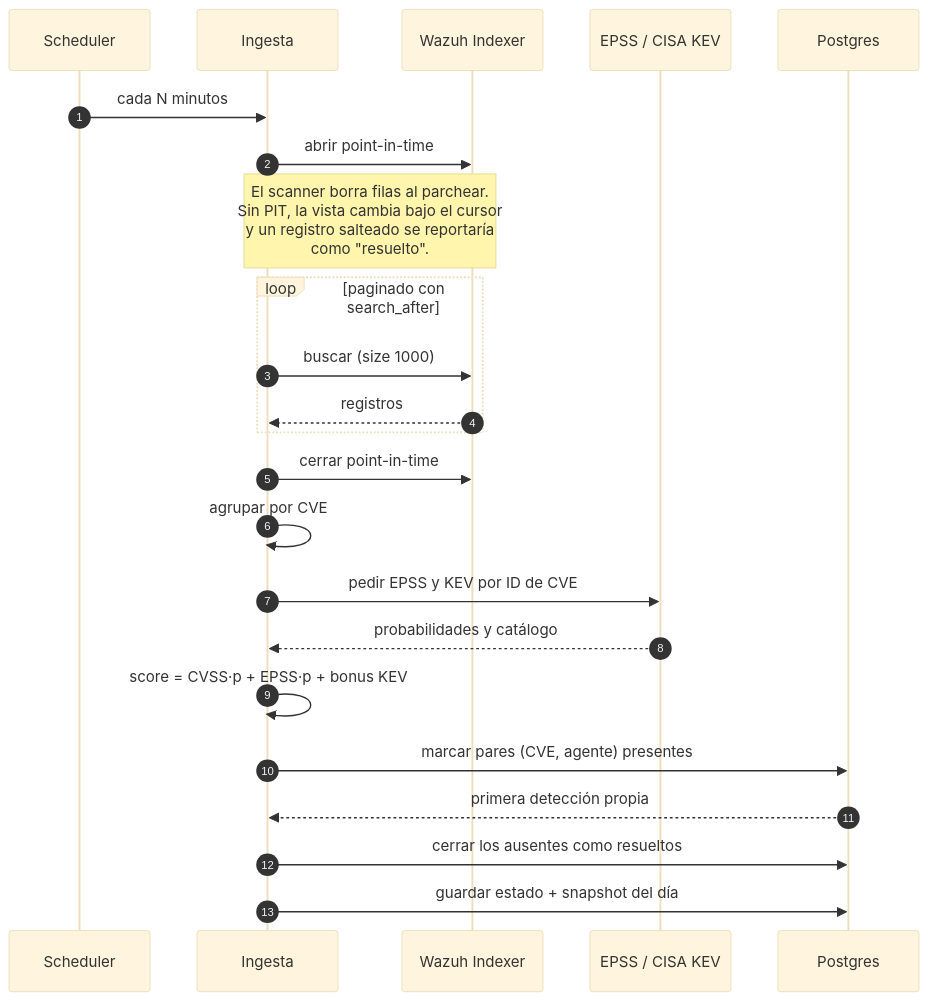
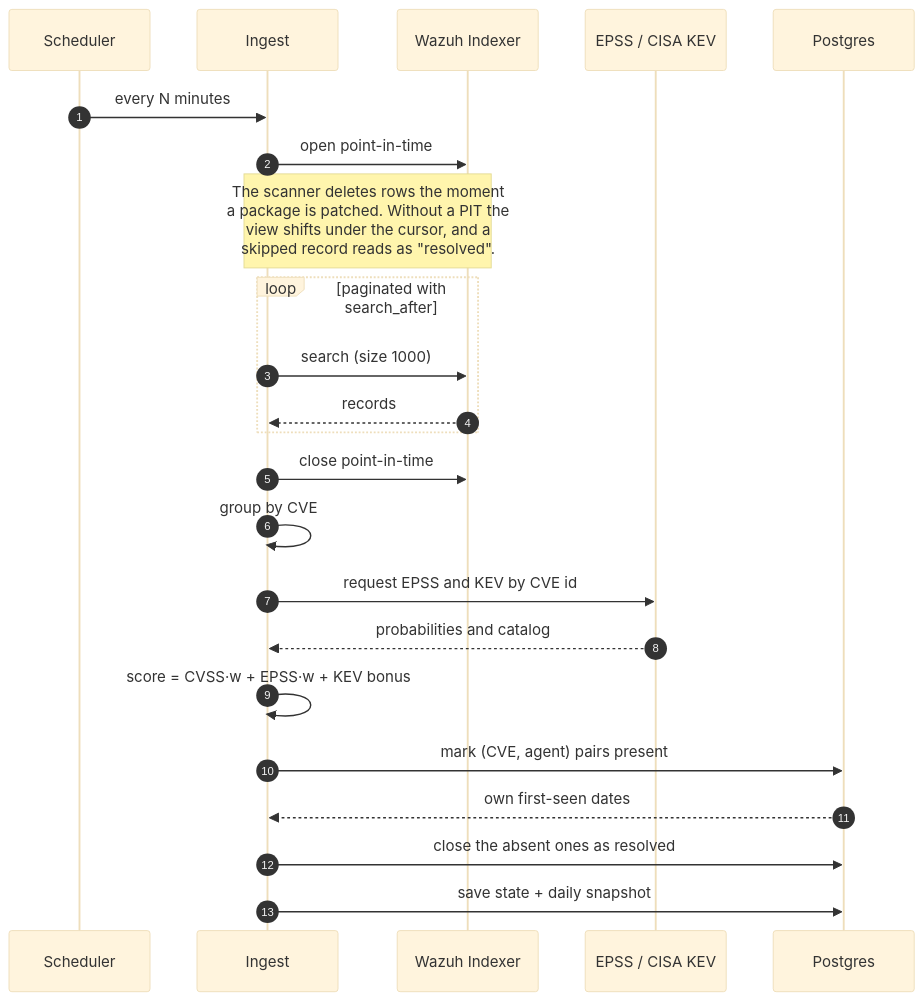
Before and after one commit to safernandez666/patch-genius: the second of 2 diagrams in README.md, drawn with Mermaid (base theme). The commit also changed other lines of this file, not shown here.

````diff
--- a/README.md
+++ b/README.md
@@ -82,26 +82,26 @@
 ```mermaid
 sequenceDiagram
     autonumber
     participant S as Scheduler
-    participant I as Ingesta
+    participant I as Ingest
     participant W as Wazuh Indexer
     participant F as EPSS / CISA KEV
     participant P as Postgres
 
-    S->>I: cada N minutos
-    I->>W: abrir point-in-time
-    Note over I,W: El scanner borra filas al parchear.<br/>Sin PIT, la vista cambia bajo el cursor<br/>y un registro salteado se reportaría<br/>como "resuelto".
-    loop paginado con search_after
-        I->>W: buscar (size 1000)
-        W-->>I: registros
+    S->>I: every N minutes
+    I->>W: open point-in-time
+    Note over I,W: The scanner deletes rows the moment<br/>a package is patched. Without a PIT the<br/>view shifts under the cursor, and a<br/>skipped record reads as "resolved".
+    loop paginated with search_after
+        I->>W: search (size 1000)
+        W-->>I: records
     end
-    I->>W: cerrar point-in-time
-    I->>I: agrupar por CVE
-    I->>F: pedir EPSS y KEV por ID de CVE
-    F-->>I: probabilidades y catálogo
-    I->>I: score = CVSS·p + EPSS·p + bonus KEV
-    I->>P: marcar pares (CVE, agente) presentes
-    P-->>I: primera detección propia
-    I->>P: cerrar los ausentes como resueltos
-    I->>P: guardar estado + snapshot del día
+    I->>W: close point-in-time
+    I->>I: group by CVE
+    I->>F: request EPSS and KEV by CVE id
+    F-->>I: probabilities and catalog
+    I->>I: score = CVSS·w + EPSS·w + KEV bonus
+    I->>P: mark (CVE, agent) pairs present
+    P-->>I: own first-seen dates
+    I->>P: close the absent ones as resolved
+    I->>P: save state + daily snapshot
 ```
````
